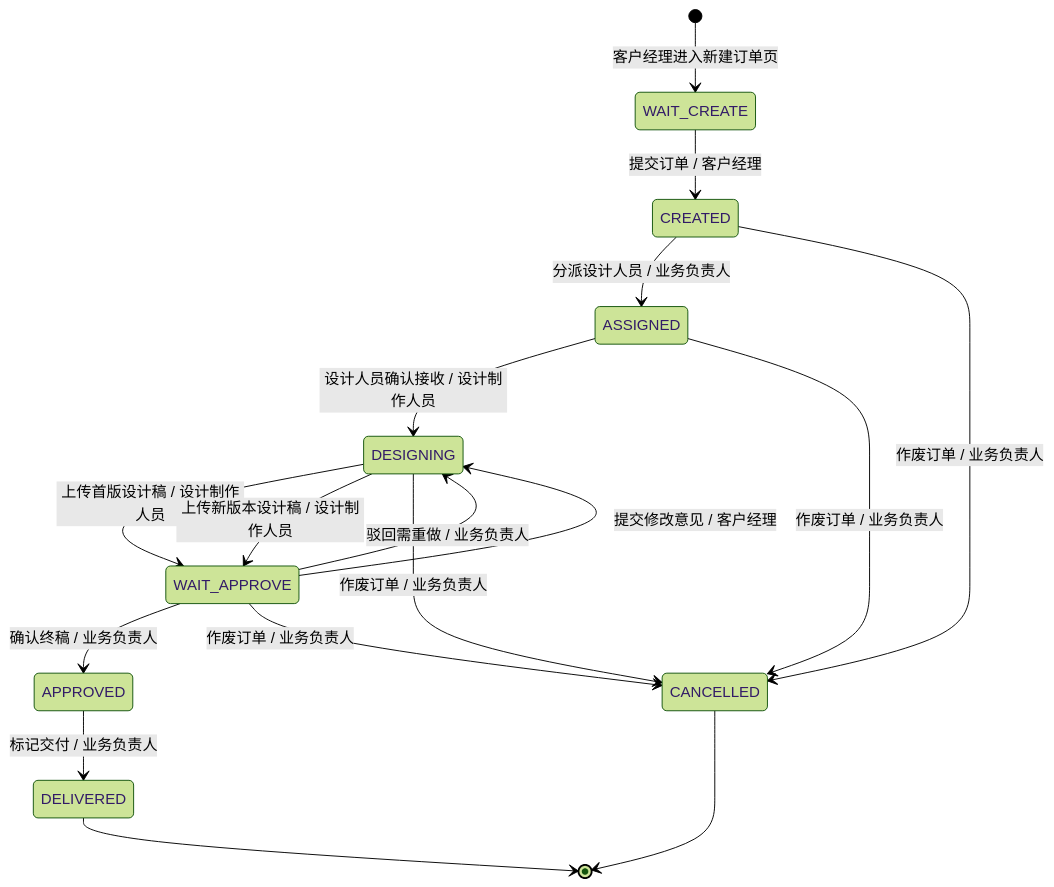
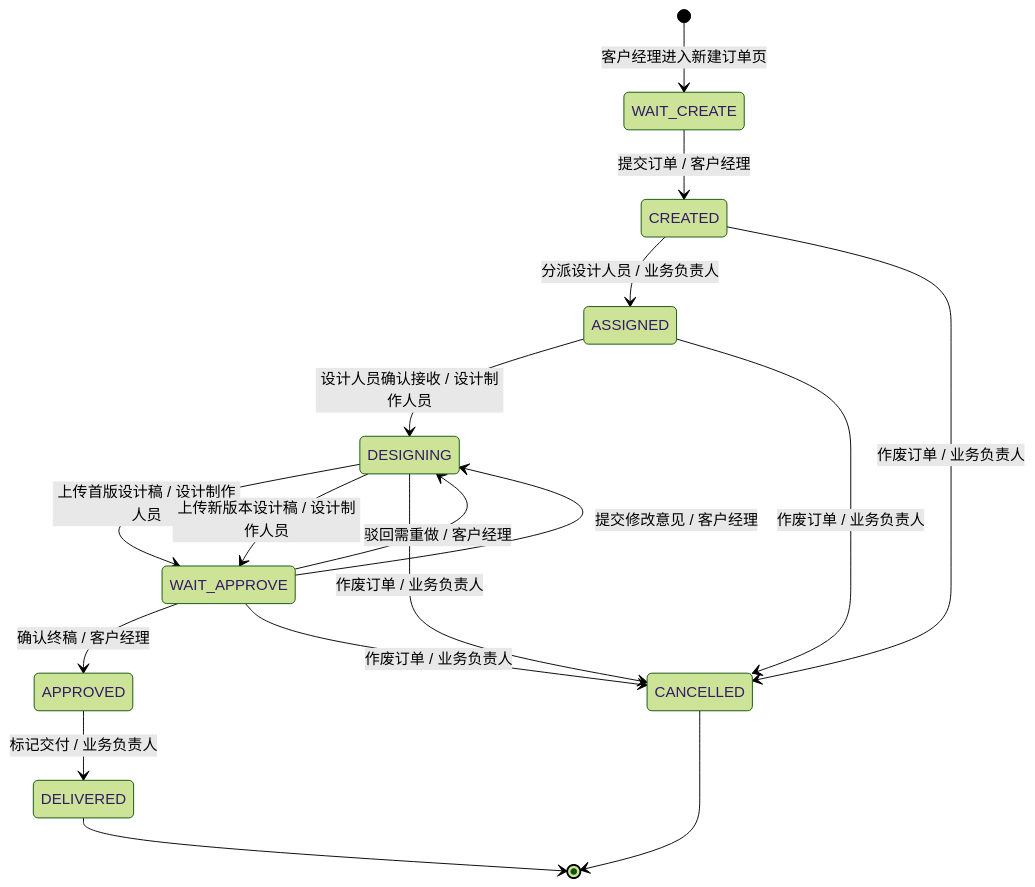
Before and after one commit to ziting12310/ad-material-order-system: the diagram in docs/01-requirements/PRD.md, drawn with Mermaid (forest theme). The commit also changed other lines of this file and 9 other files, not shown here.

````diff
--- a/docs/01-requirements/PRD.md
+++ b/docs/01-requirements/PRD.md
@@ -114,19 +115,19 @@
 ```mermaid
 stateDiagram-v2
     [*] --> WAIT_CREATE : 客户经理进入新建订单页
     WAIT_CREATE --> CREATED : 提交订单 / 客户经理
     CREATED --> ASSIGNED : 分派设计人员 / 业务负责人
     ASSIGNED --> DESIGNING : 设计人员确认接收 / 设计制作人员
     DESIGNING --> WAIT_APPROVE : 上传首版设计稿 / 设计制作人员
-    WAIT_APPROVE --> DESIGNING : 驳回需重做 / 业务负责人
-    WAIT_APPROVE --> APPROVED : 确认终稿 / 业务负责人
+    WAIT_APPROVE --> DESIGNING : 驳回需重做 / 客户经理
+    WAIT_APPROVE --> APPROVED : 确认终稿 / 客户经理
     APPROVED --> DELIVERED : 标记交付 / 业务负责人
     WAIT_APPROVE --> DESIGNING : 提交修改意见 / 客户经理
     DESIGNING --> WAIT_APPROVE : 上传新版本设计稿 / 设计制作人员
     CREATED --> CANCELLED : 作废订单 / 业务负责人
     ASSIGNED --> CANCELLED : 作废订单 / 业务负责人
     DESIGNING --> CANCELLED : 作废订单 / 业务负责人
     WAIT_APPROVE --> CANCELLED : 作废订单 / 业务负责人
     DELIVERED --> [*]
     CANCELLED --> [*]
 ```
````
